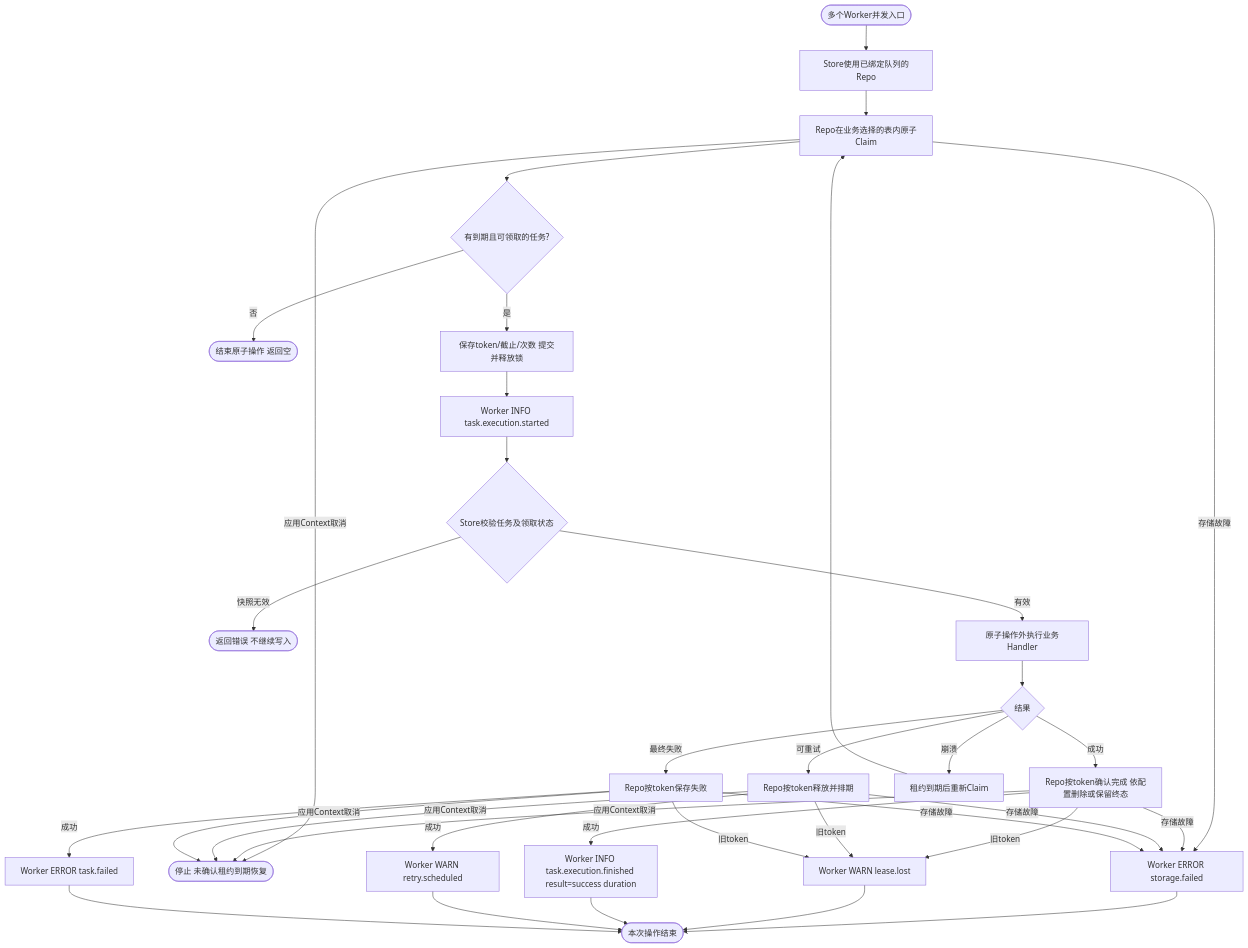
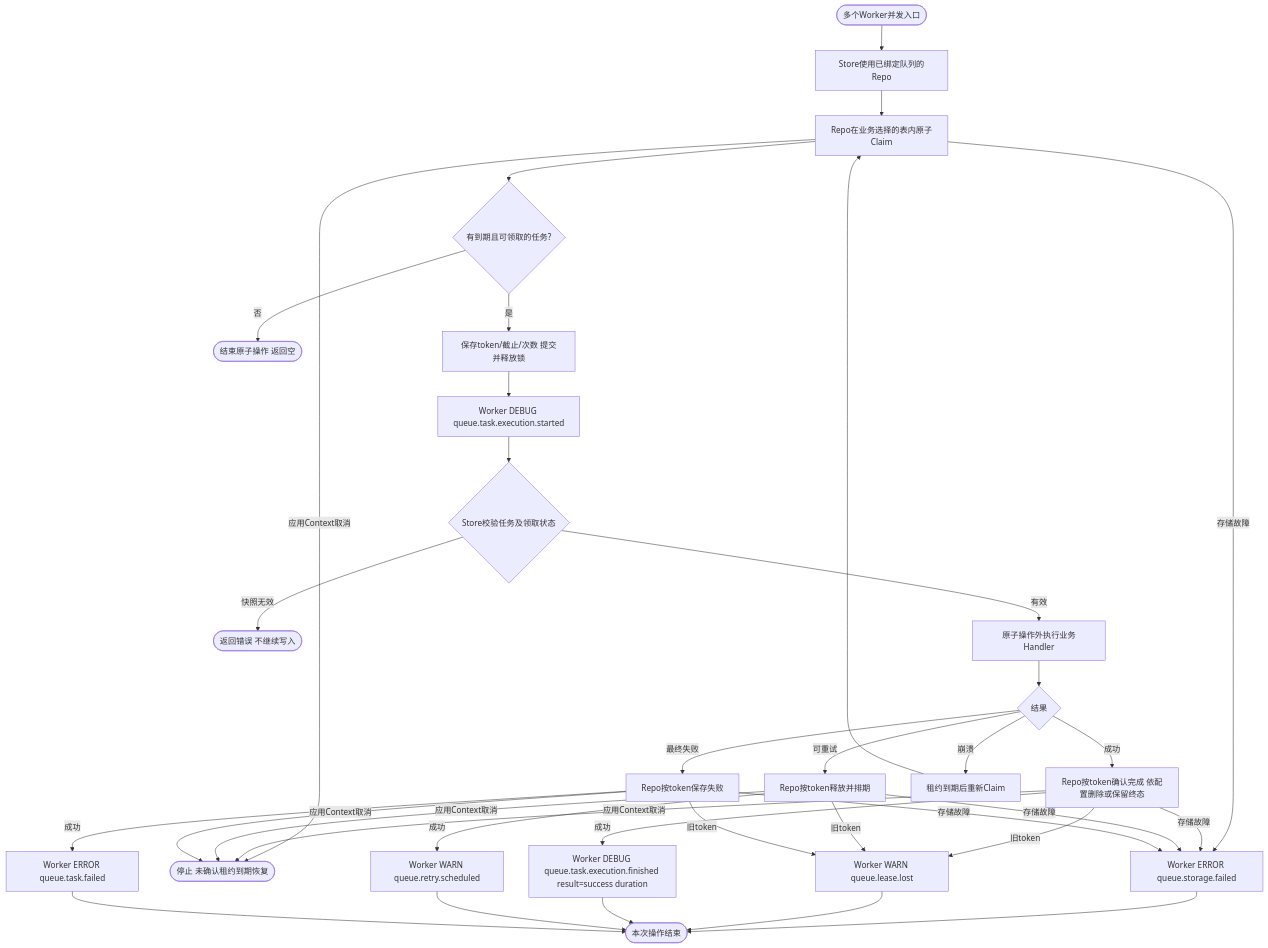
One commit to jaggerzhuang1994/kratos-foundation changed the second of 2 diagrams in contrib/queue/database/README.md. Above: the diagram before and after it, drawn with Mermaid. The commit also changed other lines of this file and 204 other files, not shown here.

````diff
--- a/contrib/queue/database/README.md
+++ b/contrib/queue/database/README.md
@@ -136,25 +136,25 @@
 ```mermaid
 flowchart TD
     A([多个Worker并发入口]) --> B[Store使用已绑定队列的Repo]
     B --> C[Repo在业务选择的表内原子Claim]
     C --> D{有到期且可领取的任务?}
     D -- 否 --> E([结束原子操作 返回空])
     D -- 是 --> F[保存token/截止/次数 提交并释放锁]
-    F --> FS[Worker INFO task.execution.started]
+    F --> FS[Worker DEBUG queue.task.execution.started]
     FS --> G{Store校验任务及领取状态}
     G -- 快照无效 --> H([返回错误 不继续写入])
     G -- 有效 --> J[原子操作外执行业务Handler]
     J --> K{结果}
     K -- 成功 --> L[Repo按token确认完成 依配置删除或保留终态]
     K -- 可重试 --> M[Repo按token释放并排期]
     K -- 最终失败 --> N[Repo按token保存失败]
     K -- 崩溃 --> O[租约到期后重新Claim]
     O --> C
-    C & L & M & N -- 存储故障 --> P[Worker ERROR storage.failed]
+    C & L & M & N -- 存储故障 --> P[Worker ERROR queue.storage.failed]
     C & L & M & N -- 应用Context取消 --> U([停止 未确认租约到期恢复])
-    L & M & N -- 旧token --> Q[Worker WARN lease.lost]
-    L -- 成功 --> R[Worker INFO task.execution.finished result=success duration]
-    M -- 成功 --> S[Worker WARN retry.scheduled]
-    N -- 成功 --> T[Worker ERROR task.failed]
+    L & M & N -- 旧token --> Q[Worker WARN queue.lease.lost]
+    L -- 成功 --> R[Worker DEBUG queue.task.execution.finished result=success duration]
+    M -- 成功 --> S[Worker WARN queue.retry.scheduled]
+    N -- 成功 --> T[Worker ERROR queue.task.failed]
     P & Q & R & S & T --> Z([本次操作结束])
 ```
````
